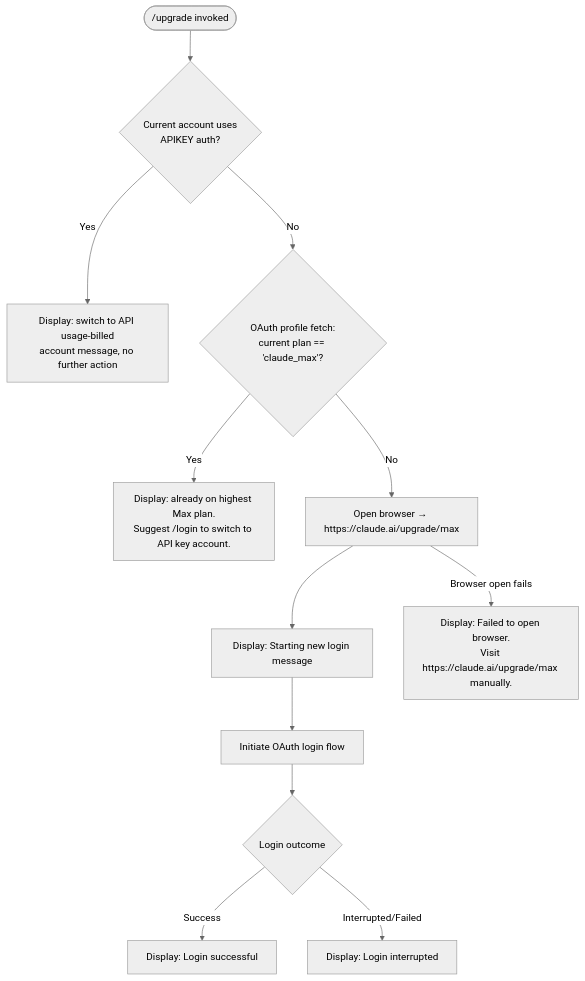
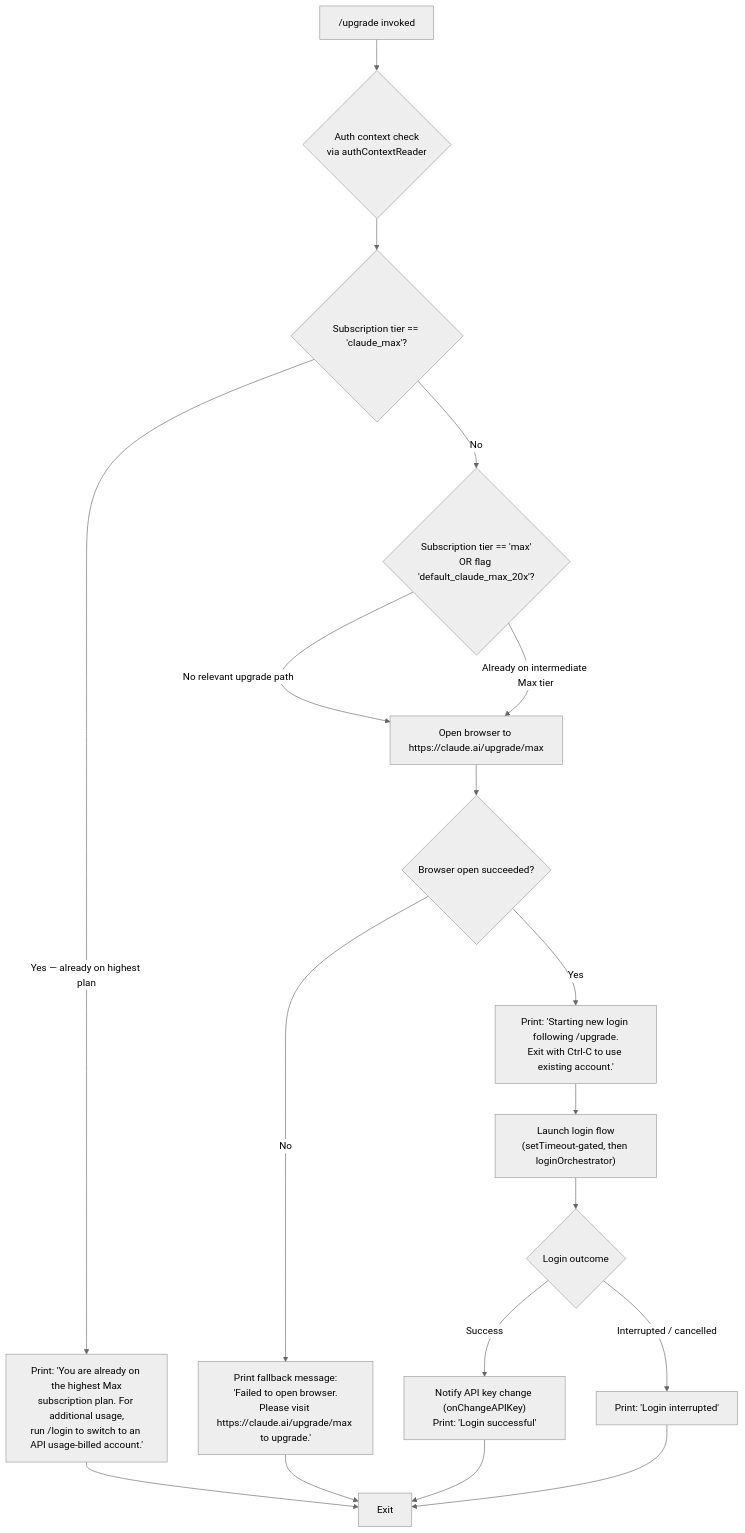
The diagram in versions/v2.1.132/upgrade.md (MyLittleLuckyDog/cc-gnothi), drawn with Mermaid (neutral theme) before and after one commit. The commit also changed other lines of this file and 96 other files, not shown here.

````diff
--- a/versions/v2.1.132/upgrade.md
+++ b/versions/v2.1.132/upgrade.md
@@ -45,14 +54,20 @@
 ```mermaid
 flowchart TD
-    A([/upgrade invoked]) --> B{Current account uses\nAPIKEY auth?}
-    B -- Yes --> C[Display: switch to API usage-billed\naccount message, no further action]
-    B -- No --> D{OAuth profile fetch:\ncurrent plan == 'claude_max'?}
-    D -- Yes --> E[Display: already on highest Max plan.\nSuggest /login to switch to API key account.]
-    D -- No --> F[Open browser → https://claude.ai/upgrade/max]
-    F --> G[Display: Starting new login message]
-    G --> H[Initiate OAuth login flow]
-    H --> I{Login outcome}
-    I -- Success --> J[Display: Login successful]
-    I -- Interrupted/Failed --> K[Display: Login interrupted]
-    F -- Browser open fails --> L[Display: Failed to open browser.\nVisit https://claude.ai/upgrade/max manually.]
+    A["/upgrade invoked"] --> B{Auth context check\nvia authContextReader}
+    B --> C{Subscription tier == 'claude_max'?}
+    C -->|Yes — already on highest plan| D["Print: 'You are already on the highest Max\nsubscription plan. For additional usage,\nrun /login to switch to an API usage-billed account.'"]
+    D --> Z[Exit]
+    C -->|No| E{Subscription tier == 'max'\nOR flag 'default_claude_max_20x'?}
+    E -->|No relevant upgrade path| F["Open browser to https://claude.ai/upgrade/max"]
+    E -->|Already on intermediate Max tier| F
+    F --> G{Browser open succeeded?}
+    G -->|No| H["Print fallback message:\n'Failed to open browser.\nPlease visit https://claude.ai/upgrade/max to upgrade.'"]
+    H --> Z
+    G -->|Yes| I["Print: 'Starting new login following /upgrade.\nExit with Ctrl-C to use existing account.'"]
+    I --> J["Launch login flow\n(setTimeout-gated, then loginOrchestrator)"]
+    J --> K{Login outcome}
+    K -->|Success| L["Notify API key change (onChangeAPIKey)\nPrint: 'Login successful'"]
+    K -->|Interrupted / cancelled| M["Print: 'Login interrupted'"]
+    L --> Z
+    M --> Z
 ```
````
